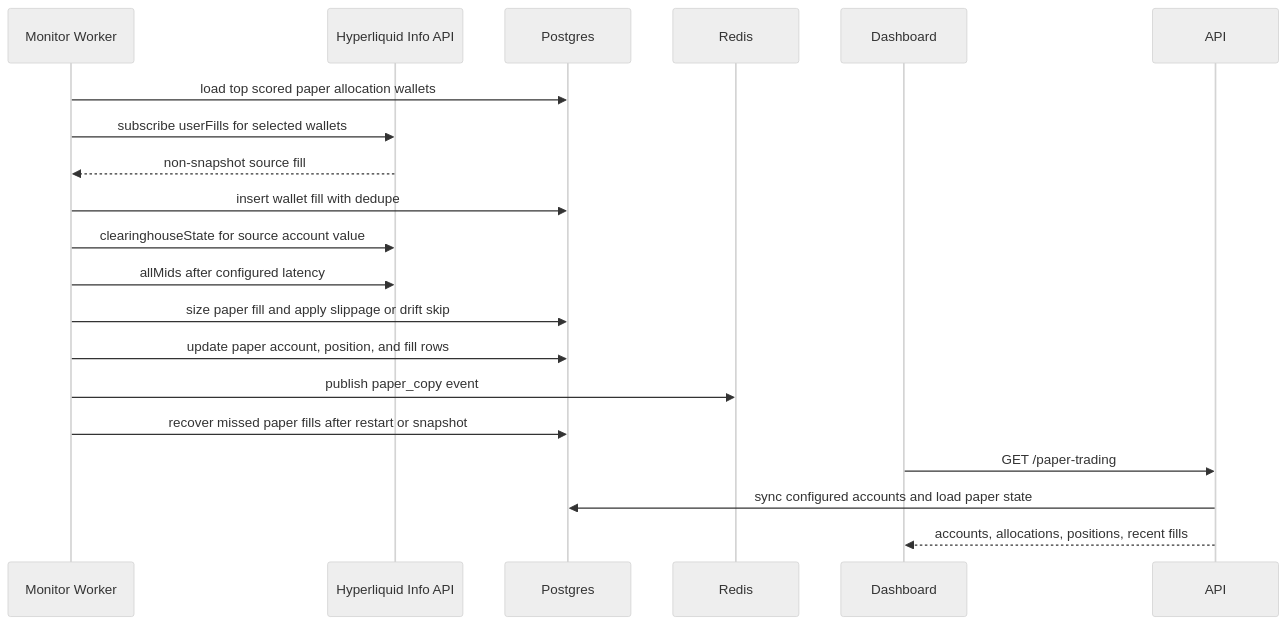
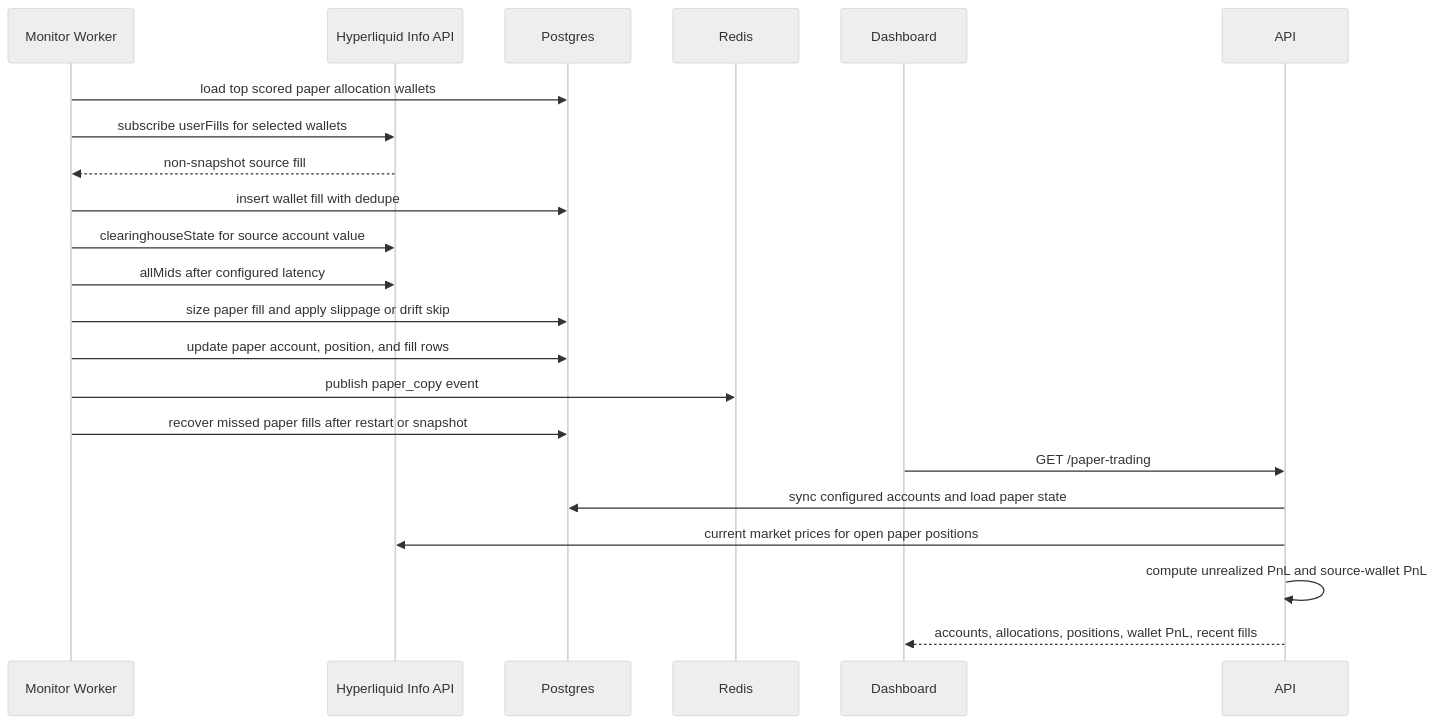
The ninth of 9 diagrams in docs/architecture.md (DrottPoker/copytrading-agent), drawn with Mermaid (neutral theme) before and after one commit. The commit also changed other lines of this file and 9 other files, not shown here.

````diff
--- a/docs/architecture.md
+++ b/docs/architecture.md
@@ -371,22 +371,24 @@
 ```mermaid
 sequenceDiagram
   participant Worker as Monitor Worker
   participant HL as Hyperliquid Info API
   participant DB as Postgres
   participant Redis as Redis
   participant UI as Dashboard
 
   Worker->>DB: load top scored paper allocation wallets
   Worker->>HL: subscribe userFills for selected wallets
   HL-->>Worker: non-snapshot source fill
   Worker->>DB: insert wallet fill with dedupe
   Worker->>HL: clearinghouseState for source account value
   Worker->>HL: allMids after configured latency
   Worker->>DB: size paper fill and apply slippage or drift skip
   Worker->>DB: update paper account, position, and fill rows
   Worker->>Redis: publish paper_copy event
   Worker->>DB: recover missed paper fills after restart or snapshot
   UI->>API: GET /paper-trading
   API->>DB: sync configured accounts and load paper state
-  API-->>UI: accounts, allocations, positions, recent fills
+  API->>HL: current market prices for open paper positions
+  API->>API: compute unrealized PnL and source-wallet PnL
+  API-->>UI: accounts, allocations, positions, wallet PnL, recent fills
 ```
````
